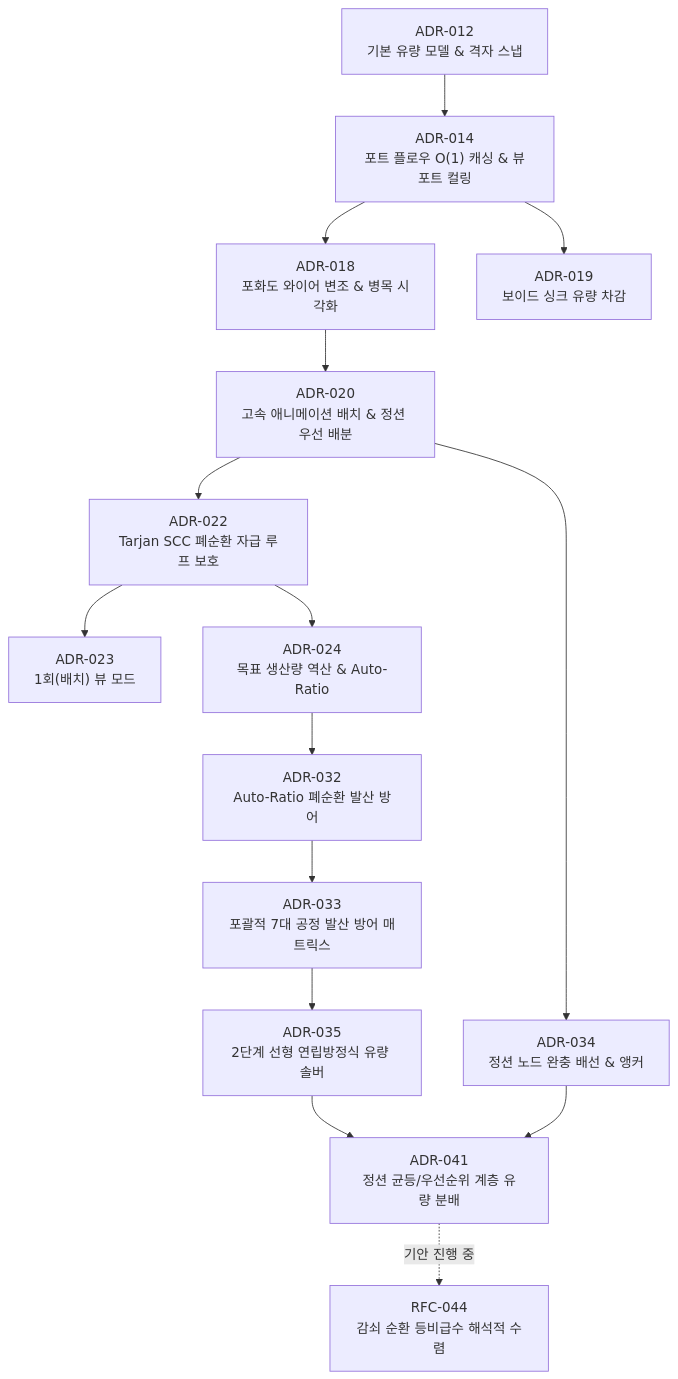
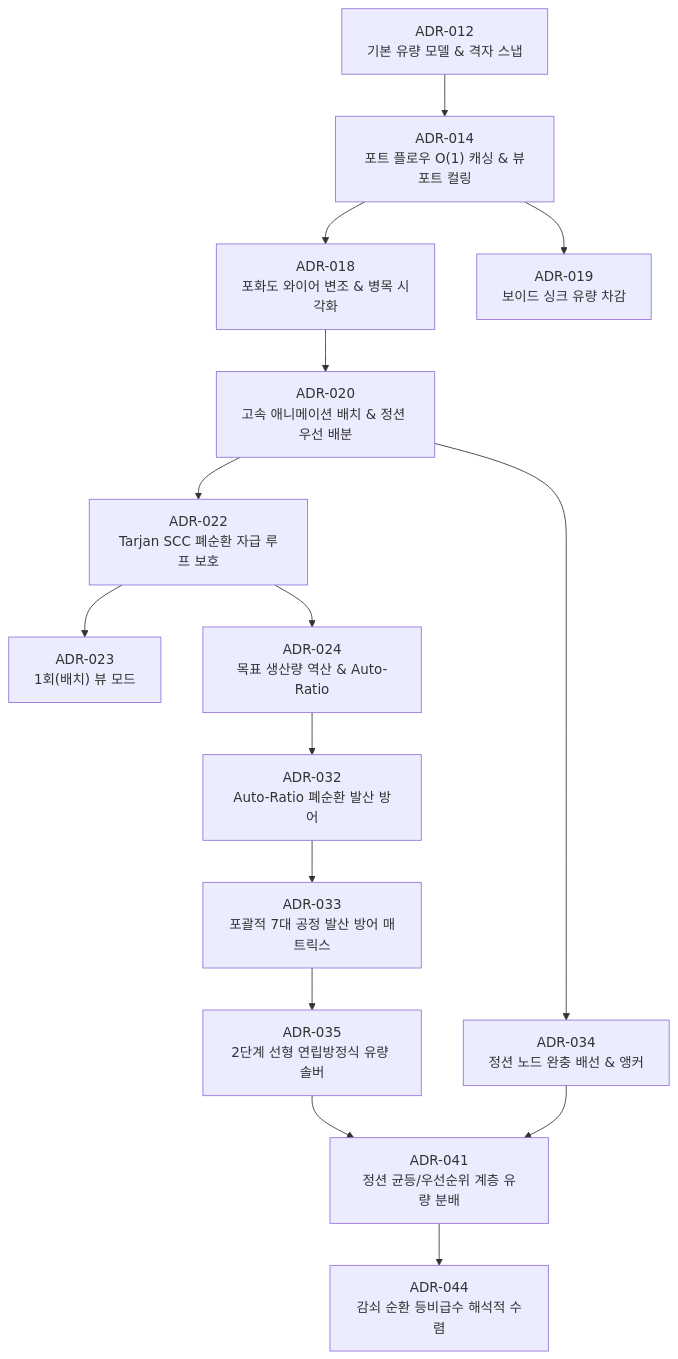
One commit to Amvermain/GregTechCalculatorBoard changed the second of 4 diagrams in docs/adr/README.md. Above: the diagram before and after it, drawn with Mermaid. The commit also changed other lines of this file and 81 other files, not shown here.

````diff
--- a/docs/adr/README.md
+++ b/docs/adr/README.md
@@ -35,17 +35,17 @@
 ```mermaid
 flowchart TD
     ADR012["ADR-012<br/>기본 유량 모델 & 격자 스냅"] --> ADR014["ADR-014<br/>포트 플로우 O(1) 캐싱 & 뷰포트 컬링"]
     ADR014 --> ADR018["ADR-018<br/>포화도 와이어 변조 & 병목 시각화"]
     ADR014 --> ADR019["ADR-019<br/>보이드 싱크 유량 차감"]
     ADR018 --> ADR020["ADR-020<br/>고속 애니메이션 배치 & 정션 우선 배분"]
     ADR020 --> ADR022["ADR-022<br/>Tarjan SCC 폐순환 자급 루프 보호"]
     ADR022 --> ADR023["ADR-023<br/>1회(배치) 뷰 모드"]
     ADR022 --> ADR024["ADR-024<br/>목표 생산량 역산 & Auto-Ratio"]
     ADR024 --> ADR032["ADR-032<br/>Auto-Ratio 폐순환 발산 방어"]
     ADR032 --> ADR033["ADR-033<br/>포괄적 7대 공정 발산 방어 매트릭스"]
     ADR020 --> ADR034["ADR-034<br/>정션 노드 완충 배선 & 앵커"]
     ADR033 --> ADR035["ADR-035<br/>2단계 선형 연립방정식 유량 솔버"]
     ADR034 --> ADR041["ADR-041<br/>정션 균등/우선순위 계층 유량 분배"]
     ADR035 --> ADR041
-    ADR041 -.->|기안 진행 중| RFC044["RFC-044<br/>감쇠 순환 등비급수 해석적 수렴"]
+    ADR041 --> ADR044["ADR-044<br/>감쇠 순환 등비급수 해석적 수렴"]
 ```
````
